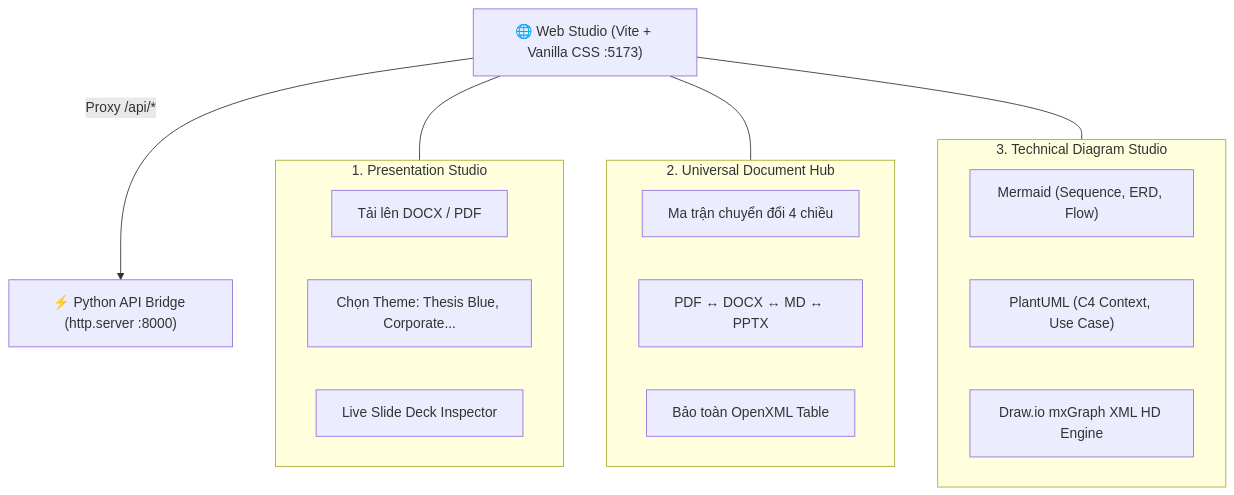
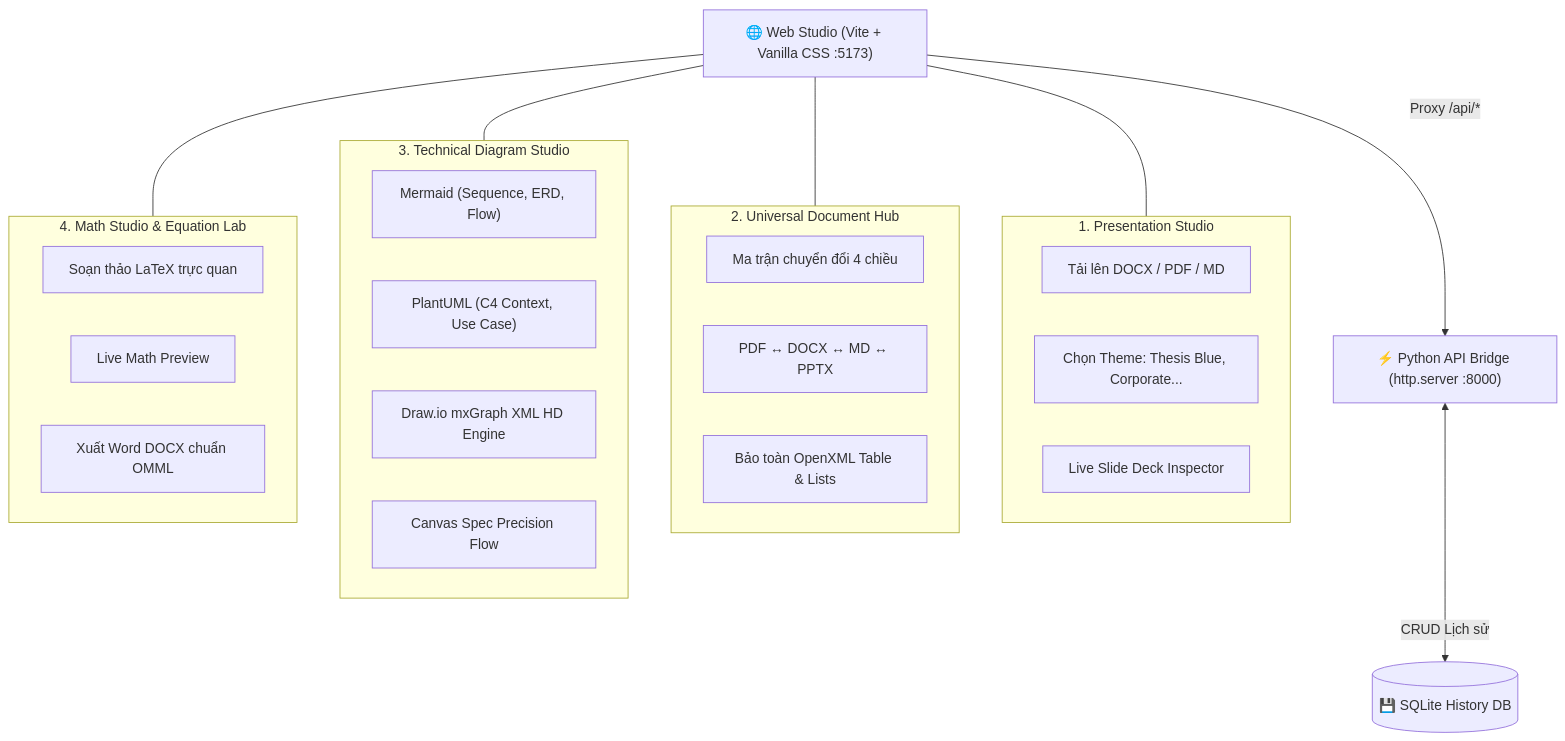
Before and after one commit to ttin167/Offices_Handler: the first of 4 diagrams in PIPELINE_ARCHITECTURE_GUIDE.md, drawn with Mermaid. The commit also changed other lines of this file and 84 other files, not shown here.

First line of the commit message:
feat: release Office Studio v4.0.0 and upgrade technical diagram engine

````diff
--- a/PIPELINE_ARCHITECTURE_GUIDE.md
+++ b/PIPELINE_ARCHITECTURE_GUIDE.md
@@ -15,29 +15,39 @@
 ```mermaid
 graph TD
     Client["🌐 Web Studio (Vite + Vanilla CSS :5173)"]
     API["⚡ Python API Bridge (http.server :8000)"]
+    DB[("💾 SQLite History DB")]
     
     Client -->|Proxy /api/*| API
+    API <-->|CRUD Lịch sử| DB
     
     subgraph S1 ["1. Presentation Studio"]
-        F1["Tải lên DOCX / PDF"]
+        F1["Tải lên DOCX / PDF / MD"]
         T1["Chọn Theme: Thesis Blue, Corporate..."]
         P1["Live Slide Deck Inspector"]
     end
     
     subgraph S2 ["2. Universal Document Hub"]
         F2["Ma trận chuyển đổi 4 chiều"]
         C2["PDF ↔ DOCX ↔ MD ↔ PPTX"]
-        R2["Bảo toàn OpenXML Table"]
+        R2["Bảo toàn OpenXML Table & Lists"]
     end
     
     subgraph S3 ["3. Technical Diagram Studio"]
         D1["Mermaid (Sequence, ERD, Flow)"]
         D2["PlantUML (C4 Context, Use Case)"]
         D3["Draw.io mxGraph XML HD Engine"]
+        D4["Canvas Spec Precision Flow"]
+    end
+
+    subgraph S4 ["4. Math Studio & Equation Lab"]
+        M1["Soạn thảo LaTeX trực quan"]
+        M2["Live Math Preview"]
+        M3["Xuất Word DOCX chuẩn OMML"]
     end
     
     Client --- S1
     Client --- S2
     Client --- S3
+    Client --- S4
 ```
````
